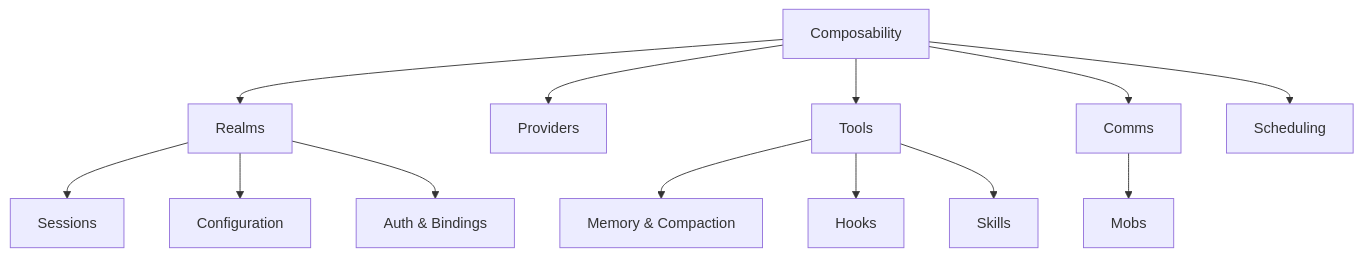
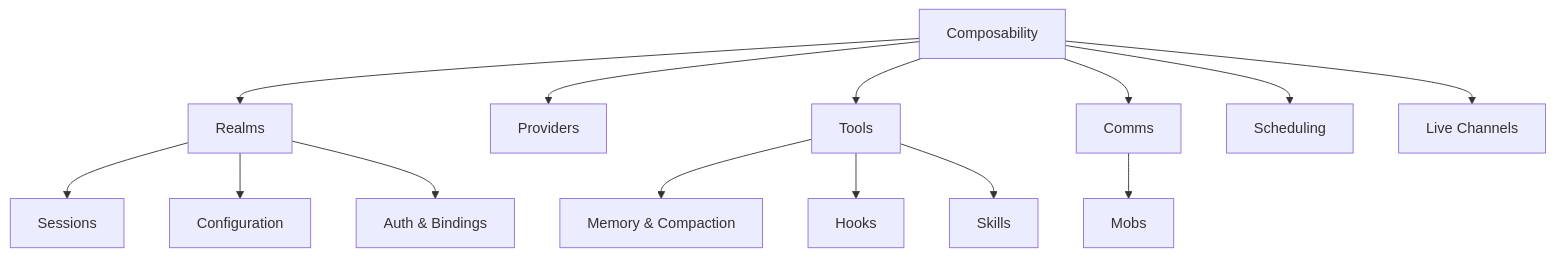
Before and after one commit to carenic/meerkat: the diagram in docs/concepts/overview.mdx, drawn with Mermaid. The commit also changed other lines of this file and 29 other files, not shown here.

````diff
--- a/docs/concepts/overview.mdx
+++ b/docs/concepts/overview.mdx
@@ -19,15 +19,16 @@
 ```mermaid
 flowchart TD
     C["Composability"] --> R["Realms"]
     R --> S["Sessions"]
     R --> CFG["Configuration"]
     C --> P["Providers"]
     C --> T["Tools"]
     T --> M["Memory & Compaction"]
     T --> H["Hooks"]
     T --> SK["Skills"]
     C --> CB["Comms"]
     CB --> MB["Mobs"]
     C --> SCH["Scheduling"]
+    C --> RT["Live Channels"]
     R --> AB["Auth & Bindings"]
 ```
````
